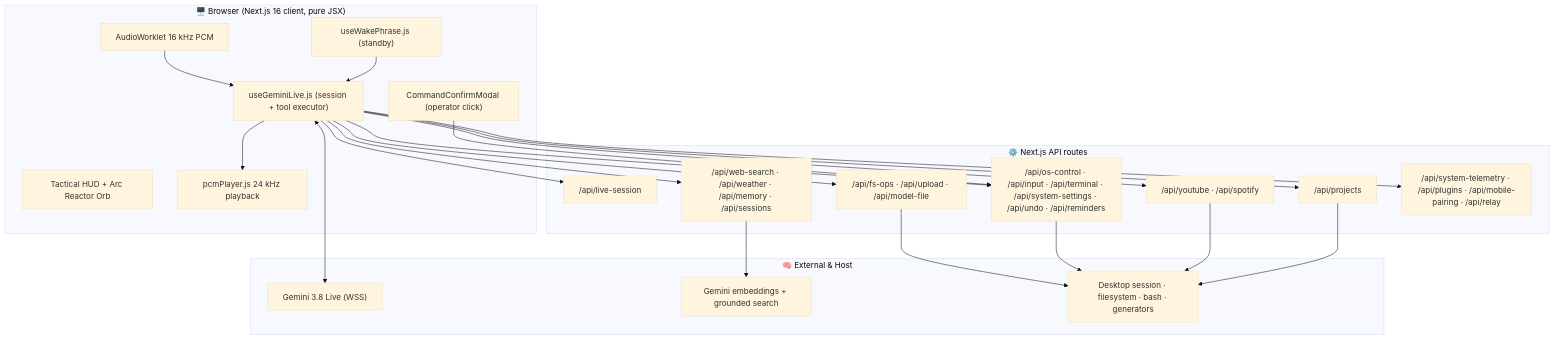
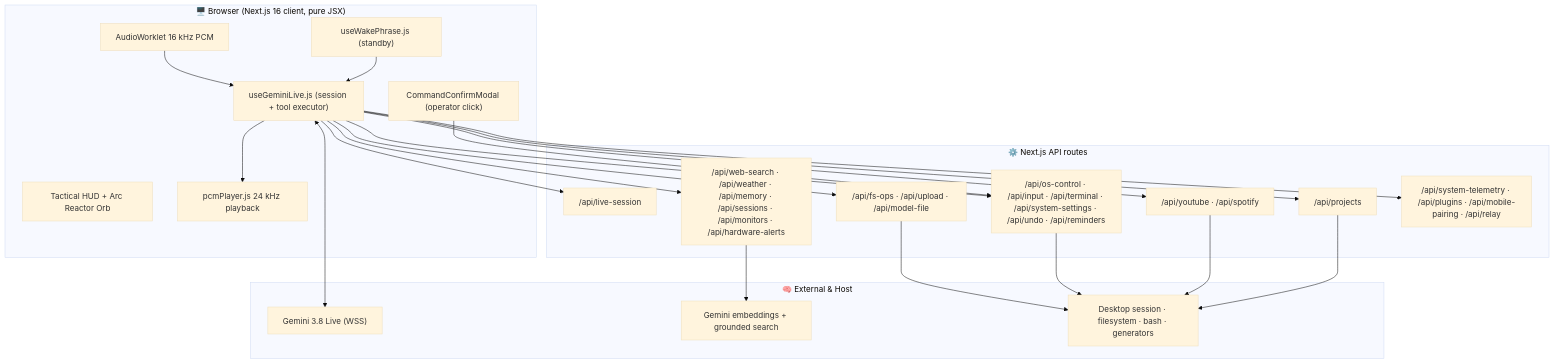
Before and after one commit to bhavyajustchill/ultron-ai: the diagram in docs/ARCHITECTURE.md, drawn with Mermaid (base theme). The commit also changed other lines of this file and 13 other files, not shown here.

First line of the commit message:
Add background intelligence: hardware alerts, topic monitors, proactive check-ins (Phase 8.6)

````diff
--- a/docs/ARCHITECTURE.md
+++ b/docs/ARCHITECTURE.md
@@ -18,34 +18,34 @@
 ```mermaid
 flowchart TB
     subgraph Browser ["🖥️ Browser (Next.js 16 client, pure JSX)"]
         HUD["Tactical HUD + Arc Reactor Orb"]
         Live["useGeminiLive.js (session + tool executor)"]
         Mic["AudioWorklet 16 kHz PCM"] --> Live
         Live --> Player["pcmPlayer.js 24 kHz playback"]
         Wake["useWakePhrase.js (standby)"] --> Live
         Gate["CommandConfirmModal (operator click)"]
     end
 
     subgraph Server ["⚙️ Next.js API routes"]
         Session["/api/live-session"]
         Files["/api/fs-ops · /api/upload · /api/model-file"]
         Desktop["/api/os-control · /api/input · /api/terminal · /api/system-settings · /api/undo · /api/reminders"]
-        Intel["/api/web-search · /api/weather · /api/memory · /api/sessions"]
+        Intel["/api/web-search · /api/weather · /api/memory · /api/sessions · /api/monitors · /api/hardware-alerts"]
         Media["/api/youtube · /api/spotify"]
         Projects["/api/projects"]
         Misc["/api/system-telemetry · /api/plugins · /api/mobile-pairing · /api/relay"]
     end
 
     subgraph External ["🧠 External & Host"]
         Gemini["Gemini 3.8 Live (WSS)"]
         GoogleAPIs["Gemini embeddings + grounded search"]
         Host["Desktop session · filesystem · bash · generators"]
     end
 
     Live <--> Gemini
     Live --> Session
     Live --> Files & Desktop & Intel & Media & Projects & Misc
     Gate --> Desktop
     Intel --> GoogleAPIs
     Files & Desktop & Media & Projects --> Host
 ```
````
